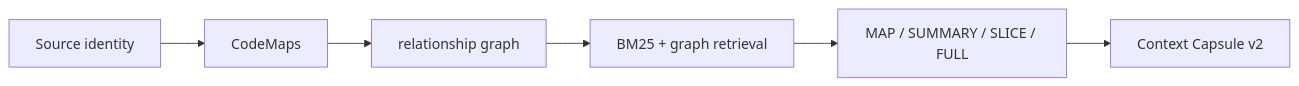
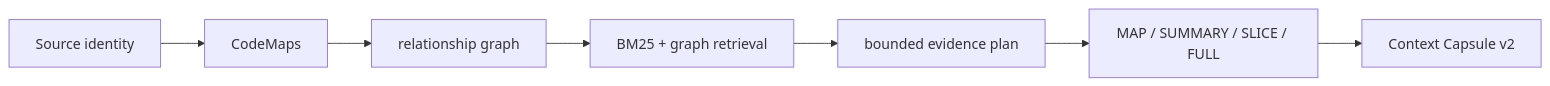
The diagram in README.md (waterflane/ContextForge), drawn with Mermaid before and after one commit. The commit also changed other lines of this file and 11 other files, not shown here.

Commit message:
docs(architecture): document agentic evidence planning

````diff
--- a/README.md
+++ b/README.md
@@ -60,8 +60,9 @@
 ```mermaid
 flowchart LR
     R["Source identity"] --> C["CodeMaps"]
     C --> G["relationship graph"]
     G --> I["BM25 + graph retrieval"]
-    I --> P["MAP / SUMMARY / SLICE / FULL"]
+    I --> E["bounded evidence plan"]
+    E --> P["MAP / SUMMARY / SLICE / FULL"]
     P --> X["Context Capsule v2"]
 ```
````
